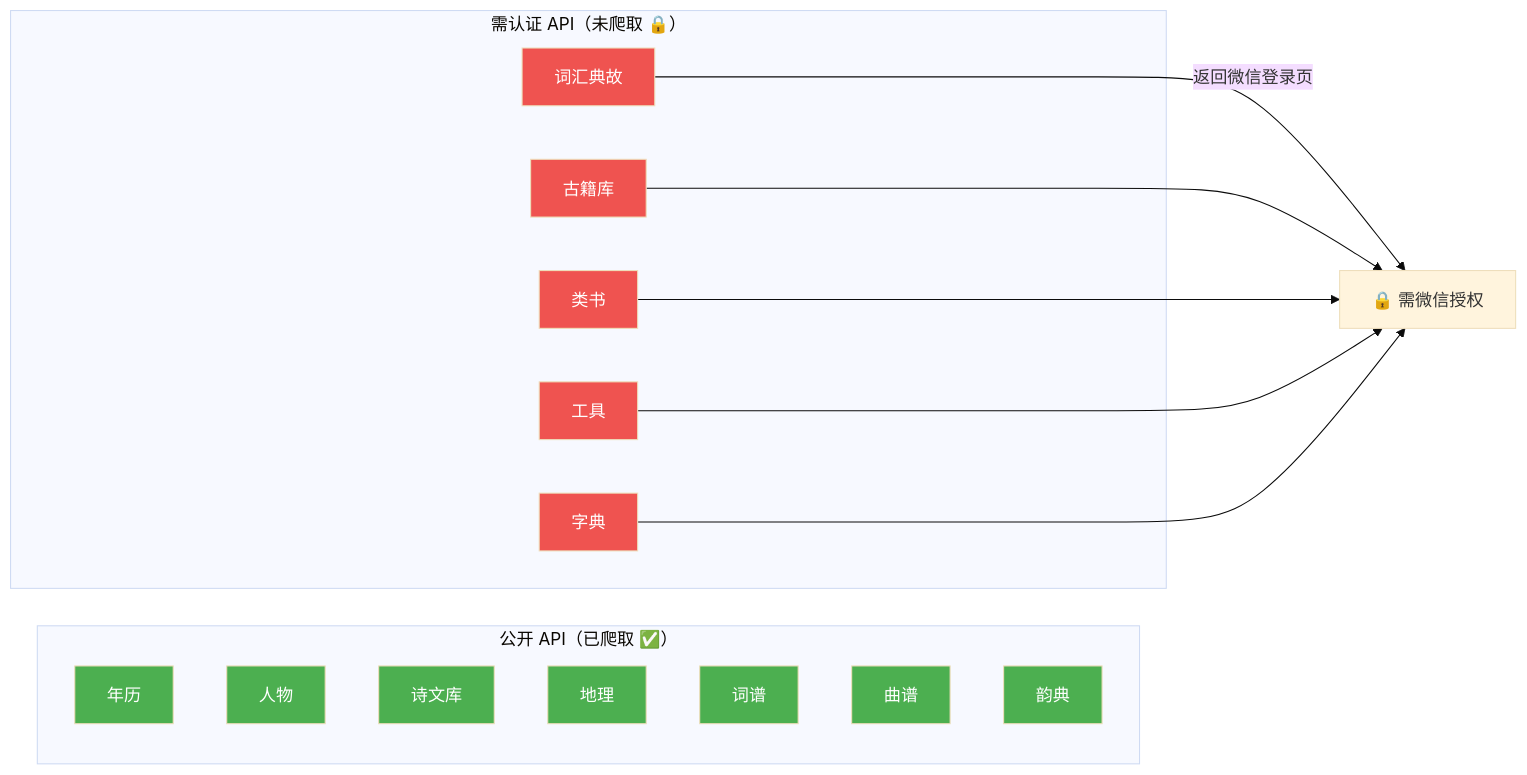
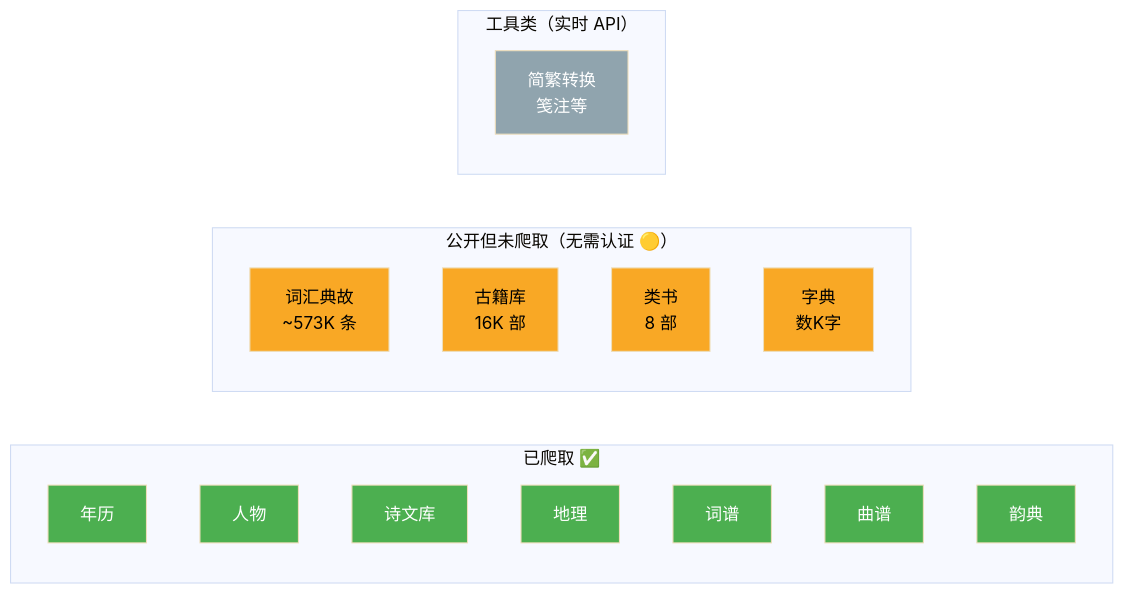
Before and after one commit to yeyangchen2009/poem300: the sixth of 6 diagrams in cnkgraph/docs/data-dictionary.md, drawn with Mermaid (base theme). The commit also changed other lines of this file and 5 other files, not shown here.

````diff
--- a/cnkgraph/docs/data-dictionary.md
+++ b/cnkgraph/docs/data-dictionary.md
@@ -617,39 +629,36 @@
 ```mermaid
 graph LR
-    subgraph "公开 API（已爬取 ✅）"
+    subgraph "已爬取 ✅"
         CAL["年历"]
         PPL["人物"]
         WRT["诗文库"]
         GEO["地理"]
         CIP["词谱"]
         QUP["曲谱"]
         RHY["韵典"]
     end
 
-    subgraph "需认证 API（未爬取 🔒）"
-        GLS["词汇典故"]
-        BOK["古籍库"]
-        CAT["类书"]
-        TL["工具"]
-        CHR["字典"]
+    subgraph "公开但未爬取（无需认证 🟡）"
+        GLS["词汇典故<br/>~573K 条"]
+        BOK["古籍库<br/>16K 部"]
+        CAT["类书<br/>8 部"]
+        CHR["字典<br/>数K字"]
     end
 
-    GLS --> |"返回微信登录页"| LOCK["🔒 需微信授权"]
-    BOK --> LOCK
-    CAT --> LOCK
-    TL --> LOCK
-    CHR --> LOCK
+    subgraph "工具类（实时 API）"
+        TL["简繁转换<br/>笺注等"]
+    end
 
     style CAL fill:#4caf50,color:#fff
     style PPL fill:#4caf50,color:#fff
     style WRT fill:#4caf50,color:#fff
     style GEO fill:#4caf50,color:#fff
     style CIP fill:#4caf50,color:#fff
     style QUP fill:#4caf50,color:#fff
     style RHY fill:#4caf50,color:#fff
-    style GLS fill:#ef5350,color:#fff
-    style BOK fill:#ef5350,color:#fff
-    style CAT fill:#ef5350,color:#fff
-    style TL fill:#ef5350,color:#fff
-    style CHR fill:#ef5350,color:#fff
+    style GLS fill:#f9a825,color:#000
+    style BOK fill:#f9a825,color:#000
+    style CAT fill:#f9a825,color:#000
+    style CHR fill:#f9a825,color:#000
+    style TL fill:#90a4ae,color:#fff
 ```
````
